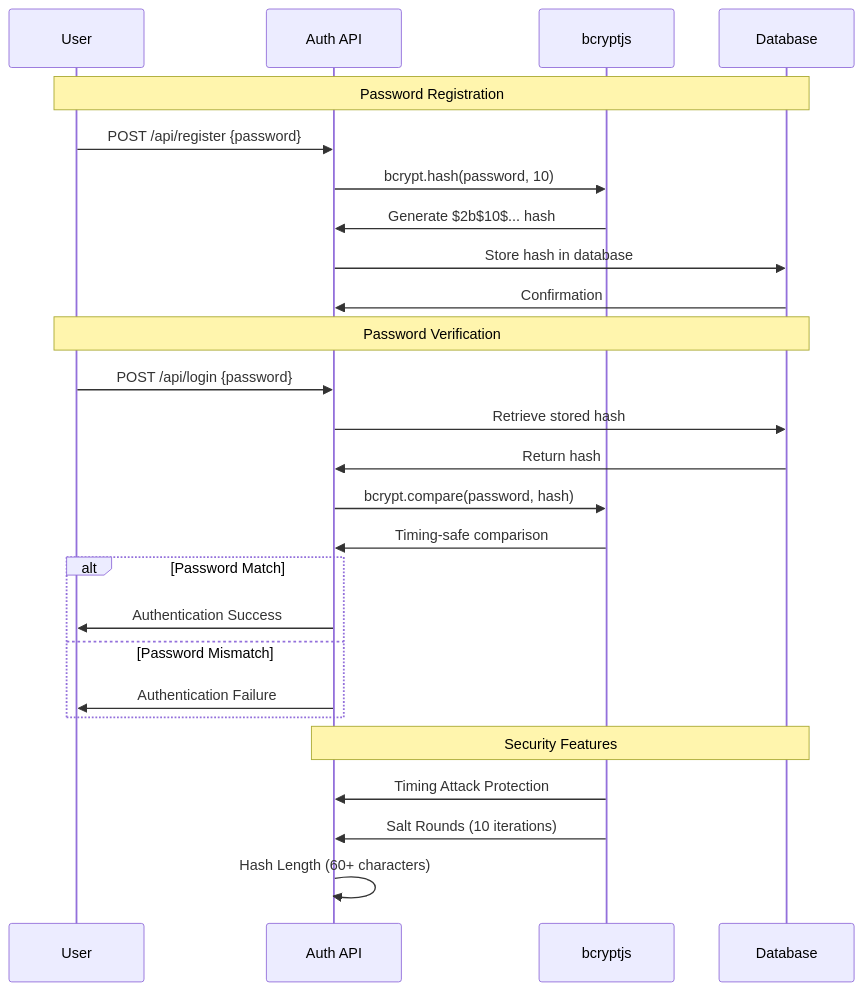
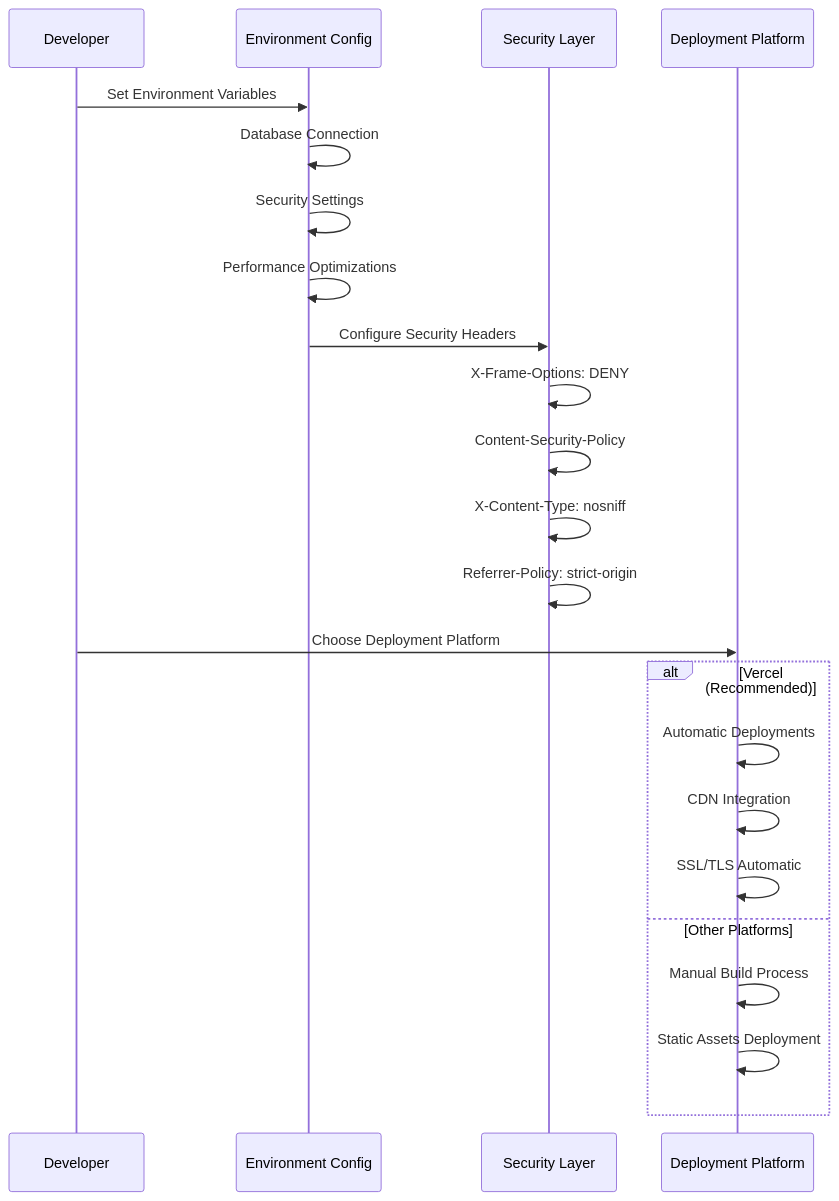
The fifth of 7 diagrams in CARBON_FOOTPRINT_APP.md (Justin322322/Ecotracker), drawn with Mermaid before and after one commit. The commit also changed other lines of this file, not shown here.

````diff
--- a/CARBON_FOOTPRINT_APP.md
+++ b/CARBON_FOOTPRINT_APP.md
@@ -578,31 +593,28 @@
 ```mermaid
 sequenceDiagram
-    participant USER as User
-    participant API as Auth API
-    participant BC as bcryptjs
-    participant DB as Database
+    participant DEV as Developer
+    participant CONFIG as Environment Config
+    participant SEC as Security Layer
+    participant DEPLOY as Deployment Platform
 
-    Note over USER,DB: Password Registration
-    USER->>API: POST /api/register {password}
-    API->>BC: bcrypt.hash(password, 10)
-    BC->>API: Generate $2b$10$... hash
-    API->>DB: Store hash in database
-    DB->>API: Confirmation
+    DEV->>CONFIG: Set Environment Variables
+    CONFIG->>CONFIG: Database Connection
+    CONFIG->>CONFIG: Security Settings
+    CONFIG->>CONFIG: Performance Optimizations
 
-    Note over USER,DB: Password Verification
-    USER->>API: POST /api/login {password}
-    API->>DB: Retrieve stored hash
-    DB->>API: Return hash
-    API->>BC: bcrypt.compare(password, hash)
-    BC->>API: Timing-safe comparison
-    alt Password Match
-        API->>USER: Authentication Success
-    else Password Mismatch
-        API->>USER: Authentication Failure
+    CONFIG->>SEC: Configure Security Headers
+    SEC->>SEC: X-Frame-Options: DENY
+    SEC->>SEC: Content-Security-Policy
+    SEC->>SEC: X-Content-Type: nosniff
+    SEC->>SEC: Referrer-Policy: strict-origin
+
+    DEV->>DEPLOY: Choose Deployment Platform
+    alt Vercel (Recommended)
+        DEPLOY->>DEPLOY: Automatic Deployments
+        DEPLOY->>DEPLOY: CDN Integration
+        DEPLOY->>DEPLOY: SSL/TLS Automatic
+    else Other Platforms
+        DEPLOY->>DEPLOY: Manual Build Process
+        DEPLOY->>DEPLOY: Static Assets Deployment
     end
-
-    Note over API,DB: Security Features
-    BC->>API: Timing Attack Protection
-    BC->>API: Salt Rounds (10 iterations)
-    API->>API: Hash Length (60+ characters)
 ```
````
